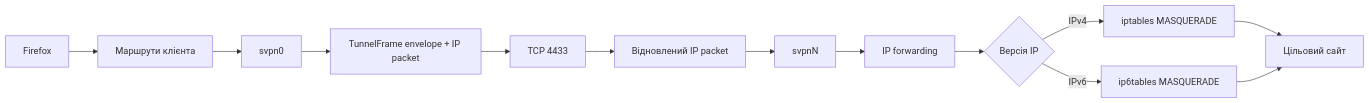
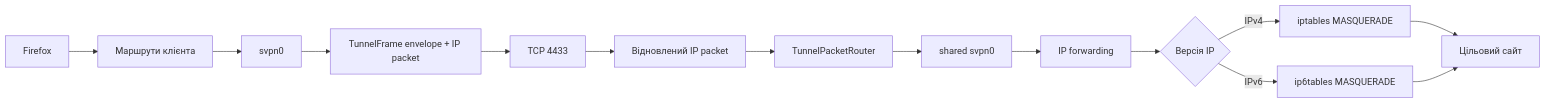
Before and after one commit to podkolzzzin/VPNSample: the fifth of 7 diagrams in ARCHITECTURE.md, drawn with Mermaid. The commit also changed other lines of this file and 15 other files, not shown here.

````diff
--- a/ARCHITECTURE.md
+++ b/ARCHITECTURE.md
@@ -161,15 +169,16 @@
 ```mermaid
 flowchart LR
     Browser[Firefox] --> CRoute[Маршрути клієнта]
     CRoute --> ClientTun[svpn0]
     ClientTun --> Frame[TunnelFrame envelope + IP packet]
     Frame --> TCP[TCP 4433]
     TCP --> Unframe[Відновлений IP packet]
-    Unframe --> ServerTun[svpnN]
+    Unframe --> Router[TunnelPacketRouter]
+    Router --> ServerTun[shared svpn0]
     ServerTun --> Forward[IP forwarding]
     Forward --> Choice{Версія IP}
     Choice -->|IPv4| NAT44[iptables MASQUERADE]
     Choice -->|IPv6| NAT66[ip6tables MASQUERADE]
     NAT44 --> Web[Цільовий сайт]
     NAT66 --> Web
 ```
````
